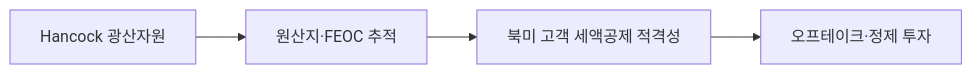
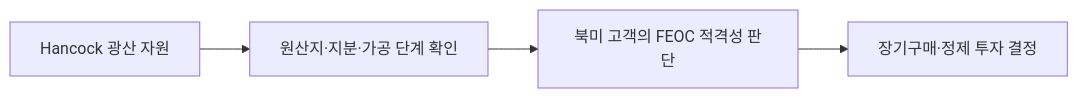
The diagram in market-sensing-wiki/signals/SIG-4A25A18DCE47.md (arik1988/posco-market-sensing-wiki), drawn with Mermaid before and after one commit. The commit also changed other lines of this file and 143 other files, not shown here.

````diff
--- a/market-sensing-wiki/signals/SIG-4A25A18DCE47.md
+++ b/market-sensing-wiki/signals/SIG-4A25A18DCE47.md
@@ -47,6 +49,6 @@
 ```mermaid
 flowchart LR
- A[Hancock 광산자원] --> B[원산지·FEOC 추적]
- B --> C[북미 고객 세액공제 적격성]
- C --> D[오프테이크·정제 투자]
+ A[Hancock 광산 자원] --> B[원산지·지분·가공 단계 확인]
+ B --> C[북미 고객의 FEOC 적격성 판단]
+ C --> D[장기구매·정제 투자 결정]
 ```
````
